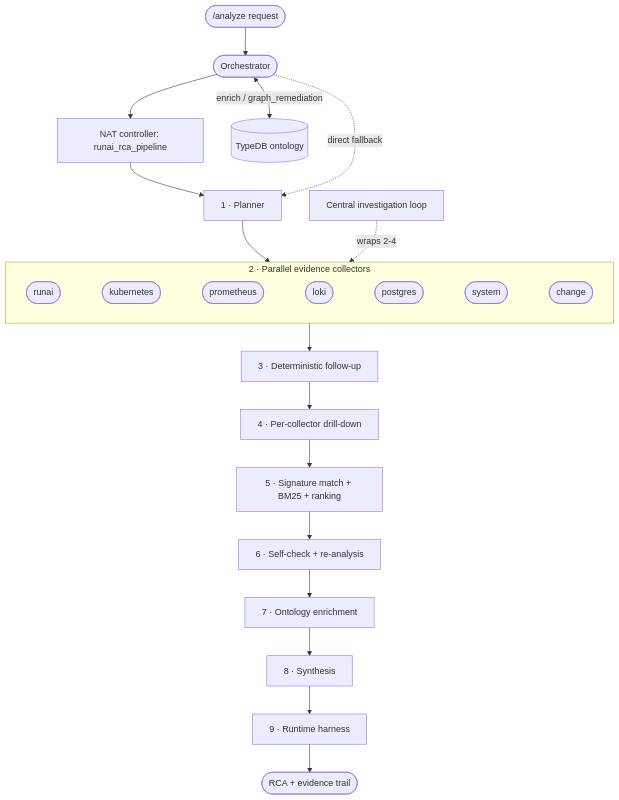
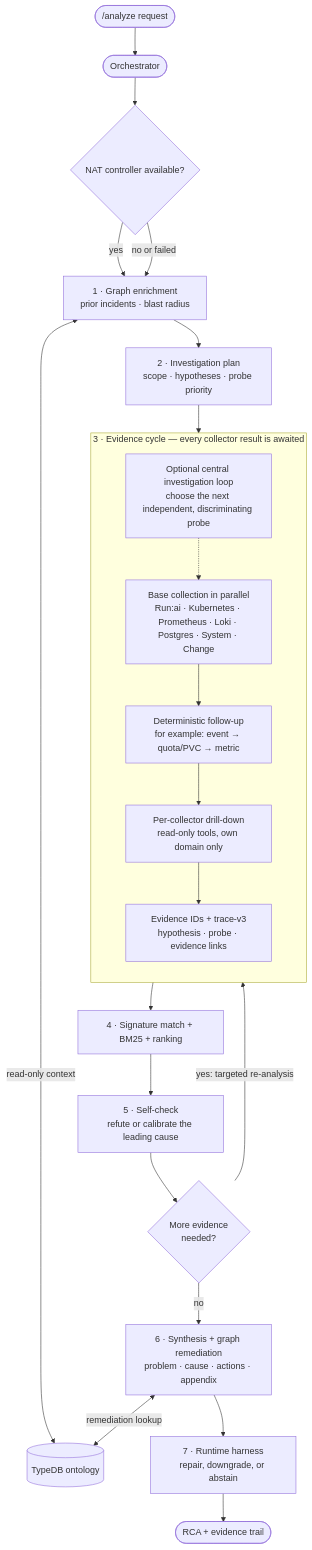
One commit to uclix-nvidia-sw/runaiRCA changed the diagram in docs/RCA-PIPELINE.md. Above: the diagram before and after it, drawn with Mermaid. The commit also changed other lines of this file and 28 other files, not shown here.

````diff
--- a/docs/RCA-PIPELINE.md
+++ b/docs/RCA-PIPELINE.md
@@ -19,22 +19,29 @@
 ```mermaid
-flowchart TD
+flowchart TB
   REQ([/analyze request]) --> ORCH([Orchestrator])
-  ORCH --> NAT[NAT controller: runai_rca_pipeline]
-  NAT --> PLAN
-  ORCH -. direct fallback .-> PLAN
-  PLAN[1 · Planner] --> COLL
-  subgraph COLL["2 · Parallel evidence collectors"]
-    direction LR
-    RA([runai]) ~~~ KA([kubernetes]) ~~~ PA([prometheus]) ~~~ LA([loki]) ~~~ DBA([postgres]) ~~~ SA([system]) ~~~ CA([change])
+  ORCH --> NAT{NAT controller available?}
+  NAT -->|yes| ENRICH
+  NAT -->|no or failed| ENRICH
+
+  ENRICH["1 · Graph enrichment\nprior incidents · blast radius"] <-->|read-only context| TDB[(TypeDB ontology)]
+  ENRICH --> PLAN["2 · Investigation plan\nscope · hypotheses · probe priority"]
+
+  subgraph EVIDENCE["3 · Evidence cycle — every collector result is awaited"]
+    direction TB
+    INV["Optional central investigation loop\nchoose the next independent, discriminating probe"] -.-> BASE
+    BASE["Base collection in parallel\nRun:ai · Kubernetes · Prometheus · Loki · Postgres · System · Change"]
+    BASE --> FOLLOW["Deterministic follow-up\nfor example: event → quota/PVC → metric"]
+    FOLLOW --> DRILL["Per-collector drill-down\nread-only tools, own domain only"]
+    DRILL --> TRACE["Evidence IDs + trace-v3\nhypothesis · probe · evidence links"]
   end
-  COLL --> FOLL[3 · Deterministic follow-up]
-  FOLL --> DRILL[4 · Per-collector drill-down]
-  DRILL --> SIG[5 · Signature match + BM25 + ranking]
-  SIG --> CHK[6 · Self-check + re-analysis]
-  CHK --> KG[7 · Ontology enrichment]
-  KG --> SYN[8 · Synthesis]
- SYN --> HAR[9 · Runtime harness]
- HAR --> RESP([RCA + evidence trail])
-  INV[Central investigation loop] -.->|wraps 2-4| COLL
-  ORCH <-->|"enrich / graph_remediation"| TDB[(TypeDB ontology)]
+
+  PLAN --> BASE
+  TRACE --> RANK["4 · Signature match + BM25 + ranking"]
+  RANK --> CHECK["5 · Self-check\nrefute or calibrate the leading cause"]
+  CHECK --> MORE{More evidence\nneeded?}
+  MORE -->|yes: targeted re-analysis| BASE
+  MORE -->|no| SYN["6 · Synthesis + graph remediation\nproblem · cause · actions · appendix"]
+  SYN <-->|remediation lookup| TDB
+  SYN --> HAR["7 · Runtime harness\nrepair, downgrade, or abstain"]
+  HAR --> RESP([RCA + evidence trail])
 ```
````
